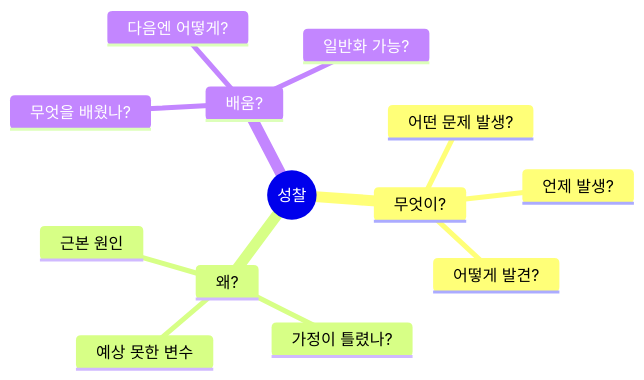
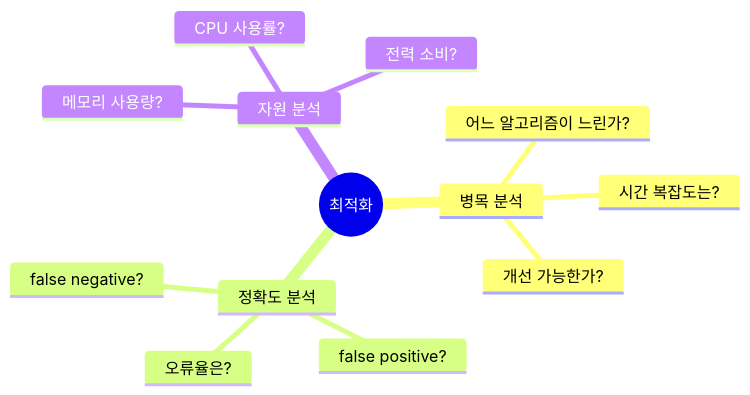
One commit to Collegenie-X/Smart_Factory_Arms_Project changed the seventh of 10 diagrams in docs/03_바이브_코딩_가이드.md. Above: the diagram before and after it, drawn with Mermaid. The commit also changed other lines of this file and 17 other files, not shown here.

````diff
--- a/docs/03_바이브_코딩_가이드.md
+++ b/docs/03_바이브_코딩_가이드.md
@@ -325,16 +482,16 @@
 ```mermaid
 mindmap
-  root((성찰))
-    무엇이?
-      어떤 문제 발생?
-      언제 발생?
-      어떻게 발견?
-    왜?
-      근본 원인
-      가정이 틀렸나?
-      예상 못한 변수
-    배움?
-      무엇을 배웠나?
-      다음엔 어떻게?
-      일반화 가능?
+  root((최적화))
+    병목 분석
+      어느 알고리즘이 느린가?
+      시간 복잡도는?
+      개선 가능한가?
+    정확도 분석
+      오류율은?
+      false positive?
+      false negative?
+    자원 분석
+      메모리 사용량?
+      CPU 사용률?
+      전력 소비?
 ```
````
